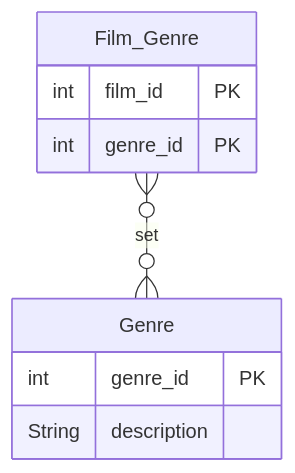
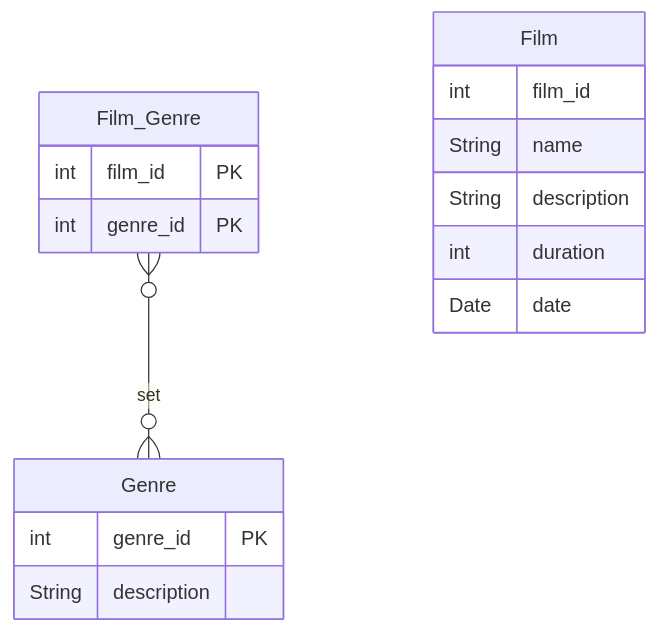
Before and after one commit to RedStarMisha/java-filmorate: the diagram in README.md, drawn with Mermaid.

Commit message:
Style: правки по замечаниям ревьюера

````diff
--- a/README.md
+++ b/README.md
@@ -4,15 +4,21 @@
 ```mermaid
 erDiagram
 Film_Genre {
     int film_id PK
     int genre_id PK
     }
     Film_Genre }o--o{ Genre : set
 Genre {
     int genre_id PK
     String description
     }
-
+Film {
+    int film_id
+    String name
+    String description
+    int duration
+    Date date
+    }
 
 
 ```
````
